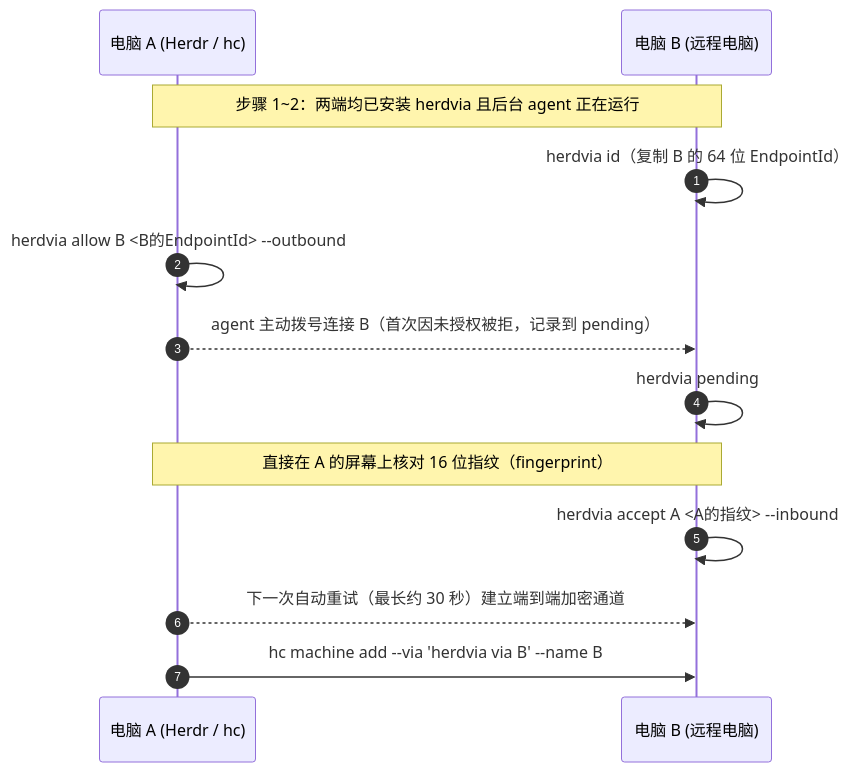
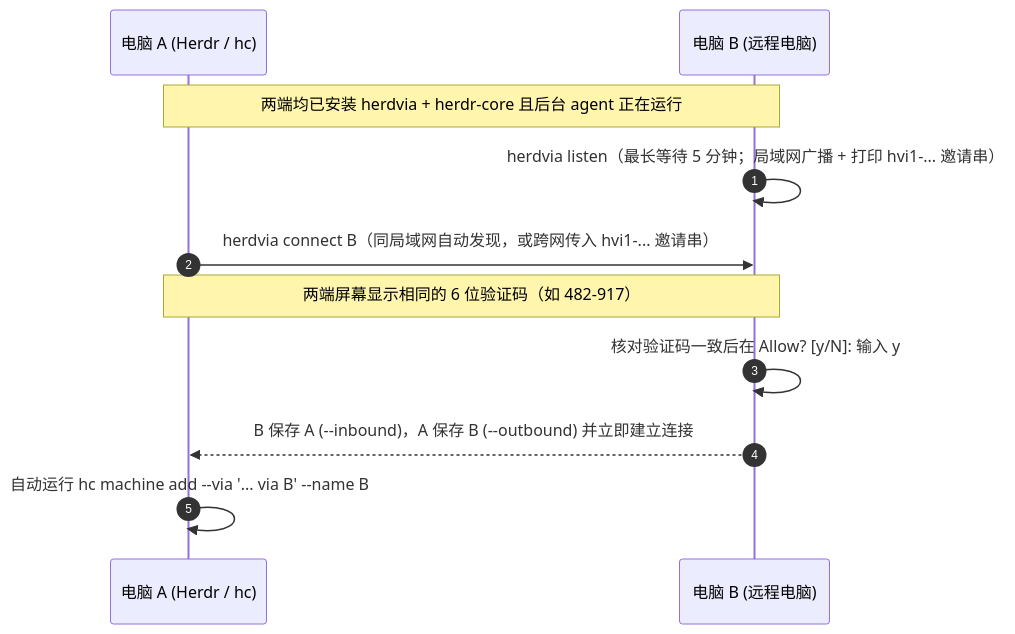
Before and after one commit to photojupi/herdvia: the diagram in docs/README.zh-CN.md, drawn with Mermaid. The commit also changed other lines of this file and 15 other files, not shown here.

````diff
--- a/docs/README.zh-CN.md
+++ b/docs/README.zh-CN.md
@@ -147,16 +148,14 @@
 ```mermaid
 sequenceDiagram
     autonumber
     participant A as 电脑 A (Herdr / hc)
     participant B as 电脑 B (远程电脑)
 
-    Note over A,B: 步骤 1~2：两端均已安装 herdvia 且后台 agent 正在运行
-    B->>B: herdvia id（复制 B 的 64 位 EndpointId）
-    A->>A: herdvia allow B <B的EndpointId> --outbound
-    A-->>B: agent 主动拨号连接 B（首次因未授权被拒，记录到 pending）
-    B->>B: herdvia pending
-    Note over A,B: 直接在 A 的屏幕上核对 16 位指纹（fingerprint）
-    B->>B: herdvia accept A <A的指纹> --inbound
-    A-->>B: 下一次自动重试（最长约 30 秒）建立端到端加密通道
-    A->>B: hc machine add --via 'herdvia via B' --name B
+    Note over A,B: 两端均已安装 herdvia + herdr-core 且后台 agent 正在运行
+    B->>B: herdvia listen（最长等待 5 分钟；局域网广播 + 打印 hvi1-... 邀请串）
+    A->>B: herdvia connect B（同局域网自动发现，或跨网传入 hvi1-... 邀请串）
+    Note over A,B: 两端屏幕显示相同的 6 位验证码（如 482-917）
+    B->>B: 核对验证码一致后在 Allow? [y/N]: 输入 y
+    B-->>A: B 保存 A (--inbound)，A 保存 B (--outbound) 并立即建立连接
+    A->>A: 自动运行 hc machine add --via '... via B' --name B
 ```
````
